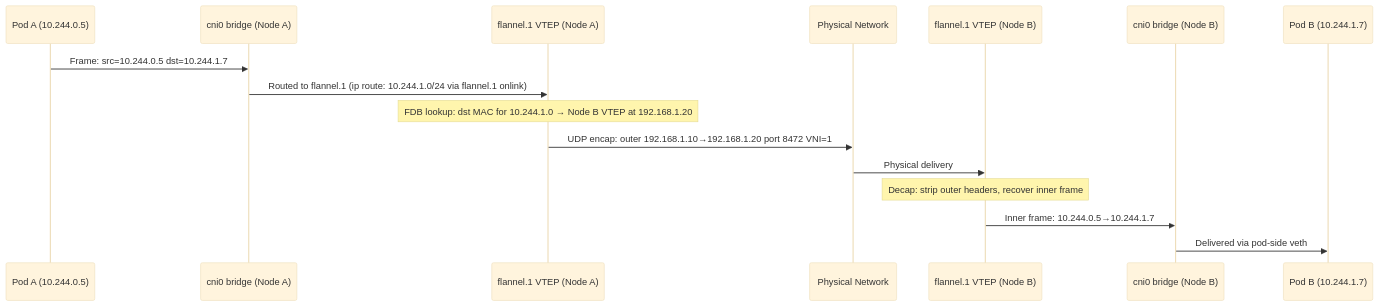
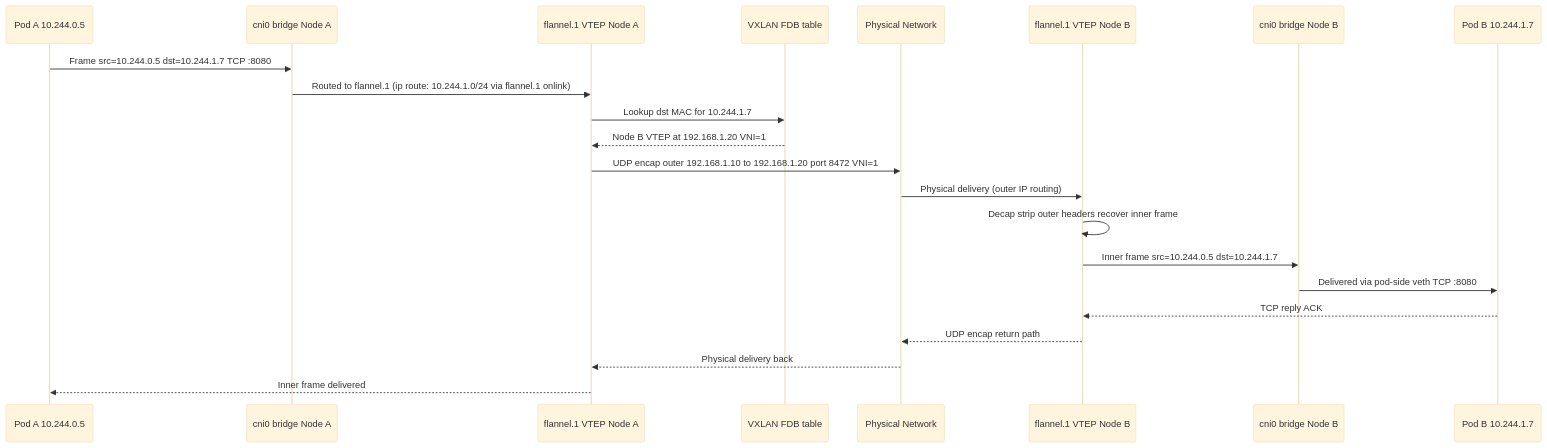
One commit to MykolaLebid/Kubernetes_networking_engineering changed the third of 3 diagrams in lessons/05-vxlan-and-overlay-networks.md. Above: the diagram before and after it, drawn with Mermaid (base theme). The commit also changed other lines of this file and 35 other files, not shown here.

First line of the commit message:
Restructure all 34 lessons: Theory/Practice split, richer diagrams, industry examples, navigation

````diff
--- a/lessons/05-vxlan-and-overlay-networks.md
+++ b/lessons/05-vxlan-and-overlay-networks.md
@@ -154,19 +148,25 @@
 ```mermaid
 sequenceDiagram
-    participant PA as Pod A (10.244.0.5)
-    participant BRA as cni0 bridge (Node A)
-    participant VTEPA as flannel.1 VTEP (Node A)
+    participant PA as Pod A 10.244.0.5
+    participant BRA as cni0 bridge Node A
+    participant VTEPA as flannel.1 VTEP Node A
+    participant FDB as VXLAN FDB table
     participant NET as Physical Network
-    participant VTEPB as flannel.1 VTEP (Node B)
-    participant BRB as cni0 bridge (Node B)
-    participant PB as Pod B (10.244.1.7)
+    participant VTEPB as flannel.1 VTEP Node B
+    participant BRB as cni0 bridge Node B
+    participant PB as Pod B 10.244.1.7
 
-    PA->>BRA: Frame: src=10.244.0.5 dst=10.244.1.7
+    PA->>BRA: Frame src=10.244.0.5 dst=10.244.1.7 TCP :8080
     BRA->>VTEPA: Routed to flannel.1 (ip route: 10.244.1.0/24 via flannel.1 onlink)
-    Note over VTEPA: FDB lookup: dst MAC for 10.244.1.0 → Node B VTEP at 192.168.1.20
-    VTEPA->>NET: UDP encap: outer 192.168.1.10→192.168.1.20 port 8472 VNI=1
-    NET->>VTEPB: Physical delivery
-    Note over VTEPB: Decap: strip outer headers, recover inner frame
-    VTEPB->>BRB: Inner frame: 10.244.0.5→10.244.1.7
-    BRB->>PB: Delivered via pod-side veth
+    VTEPA->>FDB: Lookup dst MAC for 10.244.1.7
+    FDB-->>VTEPA: Node B VTEP at 192.168.1.20 VNI=1
+    VTEPA->>NET: UDP encap outer 192.168.1.10 to 192.168.1.20 port 8472 VNI=1
+    NET->>VTEPB: Physical delivery (outer IP routing)
+    VTEPB->>VTEPB: Decap strip outer headers recover inner frame
+    VTEPB->>BRB: Inner frame src=10.244.0.5 dst=10.244.1.7
+    BRB->>PB: Delivered via pod-side veth TCP :8080
+    PB-->>VTEPB: TCP reply ACK
+    VTEPB-->>NET: UDP encap return path
+    NET-->>VTEPA: Physical delivery back
+    VTEPA-->>PA: Inner frame delivered
 ```
````
